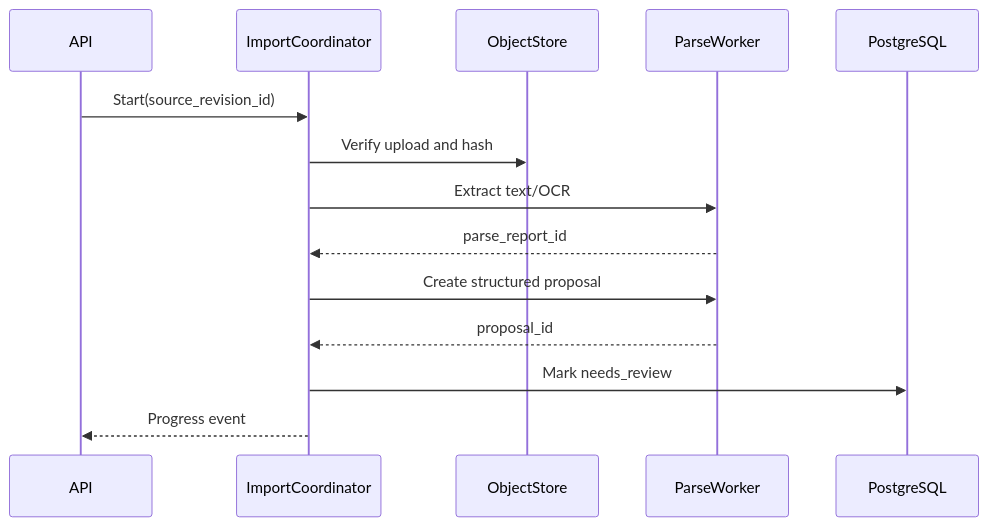
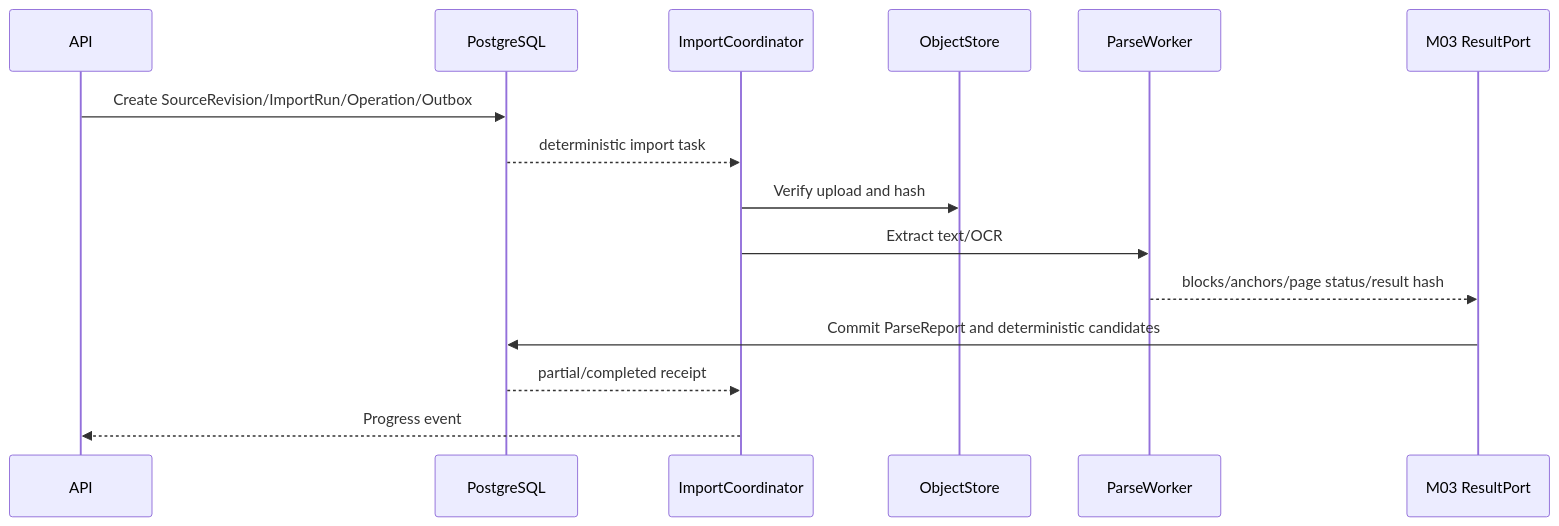
The second of 2 diagrams in docs/design/000-AI视频生产平台目标系统架构设计.md (StephenQiu30/lanverse), drawn with Mermaid before and after one commit. The commit also changed other lines of this file and 26 other files, not shown here.

First line of the commit message:
docs(architecture): 固定目标架构与剧本分析闭环

````diff
--- a/docs/design/000-AI视频生产平台目标系统架构设计.md
+++ b/docs/design/000-AI视频生产平台目标系统架构设计.md
@@ -447,16 +812,17 @@
 ```mermaid
 sequenceDiagram
     participant API
+    participant DB as PostgreSQL
     participant W as ImportCoordinator
     participant O as ObjectStore
     participant P as ParseWorker
-    participant DB as PostgreSQL
-    API->>W: Start(source_revision_id)
+    participant R as M03 ResultPort
+    API->>DB: Create SourceRevision/ImportRun/Operation/Outbox
+    DB-->>W: deterministic import task
     W->>O: Verify upload and hash
     W->>P: Extract text/OCR
-    P-->>W: parse_report_id
-    W->>P: Create structured proposal
-    P-->>W: proposal_id
-    W->>DB: Mark needs_review
+    P-->>R: blocks/anchors/page status/result hash
+    R->>DB: Commit ParseReport and deterministic candidates
+    DB-->>W: partial/completed receipt
     W-->>API: Progress event
 ```
````
